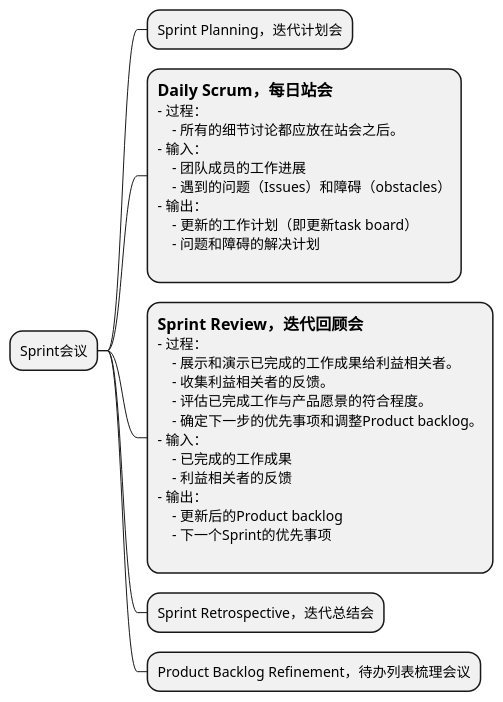
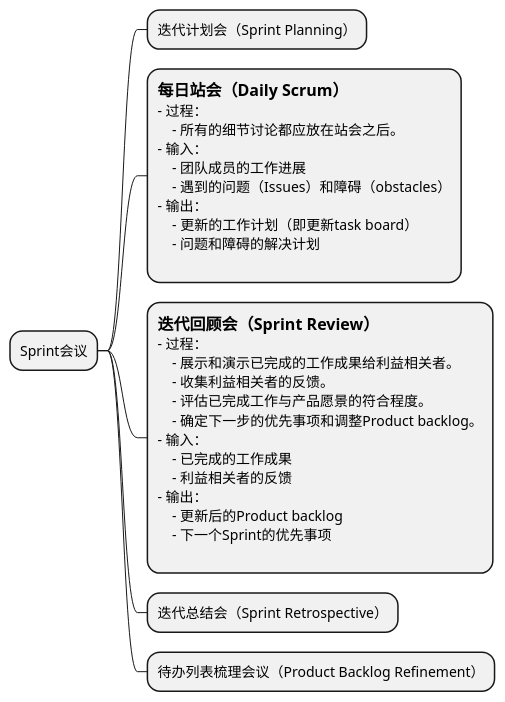
Diagram 11 of 13 in content/insights/what_is_agile/index.zh-cn.raw.md (lem-org/lem-org.github.io), drawn with PlantUML before and after one commit. The commit also changed other lines of this file and 22 other files, not shown here.

````diff
--- a/content/insights/what_is_agile/index.zh-cn.raw.md
+++ b/content/insights/what_is_agile/index.zh-cn.raw.md
@@ -232,37 +262,37 @@
 ```plantuml
 @startmindmap
 * Sprint会议
 
-** Sprint Planning，迭代计划会
+** 迭代计划会（Sprint Planning）
 
-**:==Daily Scrum，每日站会
+**:==每日站会（Daily Scrum）
 - 过程：
     - 所有的细节讨论都应放在站会之后。
 - 输入：
     - 团队成员的工作进展
     - 遇到的问题（Issues）和障碍（obstacles）
 - 输出：
     - 更新的工作计划（即更新task board）
     - 问题和障碍的解决计划
 ;
 
-**:==Sprint Review，迭代回顾会
+**:==迭代回顾会（Sprint Review）
 - 过程：
     - 展示和演示已完成的工作成果给利益相关者。
     - 收集利益相关者的反馈。
     - 评估已完成工作与产品愿景的符合程度。
     - 确定下一步的优先事项和调整Product backlog。
 - 输入：
     - 已完成的工作成果
     - 利益相关者的反馈
 - 输出：
     - 更新后的Product backlog
     - 下一个Sprint的优先事项
 ;
 
-** Sprint Retrospective，迭代总结会
+** 迭代总结会（Sprint Retrospective）
 
-** Product Backlog Refinement，待办列表梳理会议
+** 待办列表梳理会议（Product Backlog Refinement）
 
 @endmindmap
 ```
````
